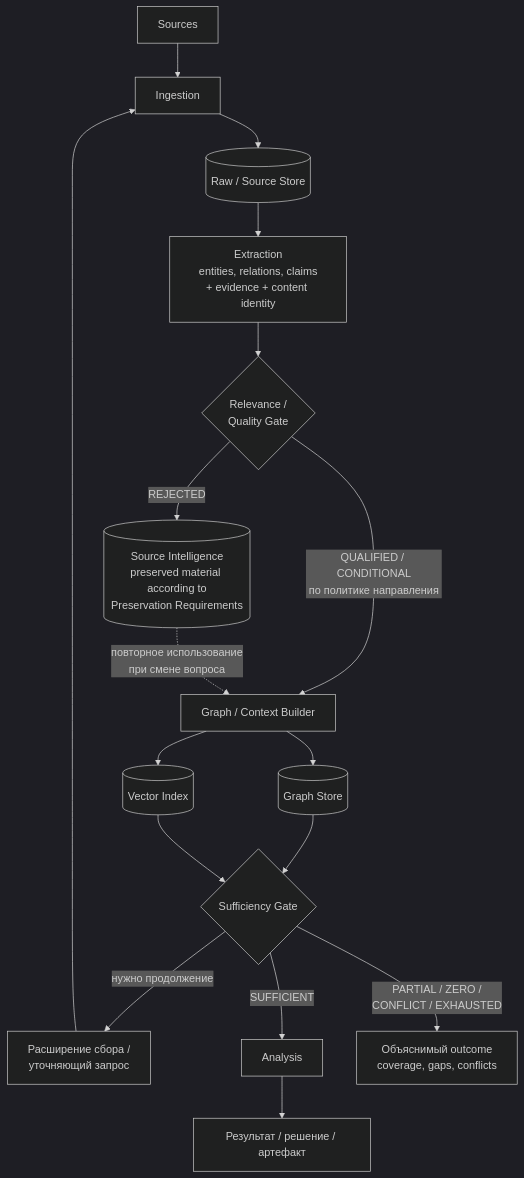
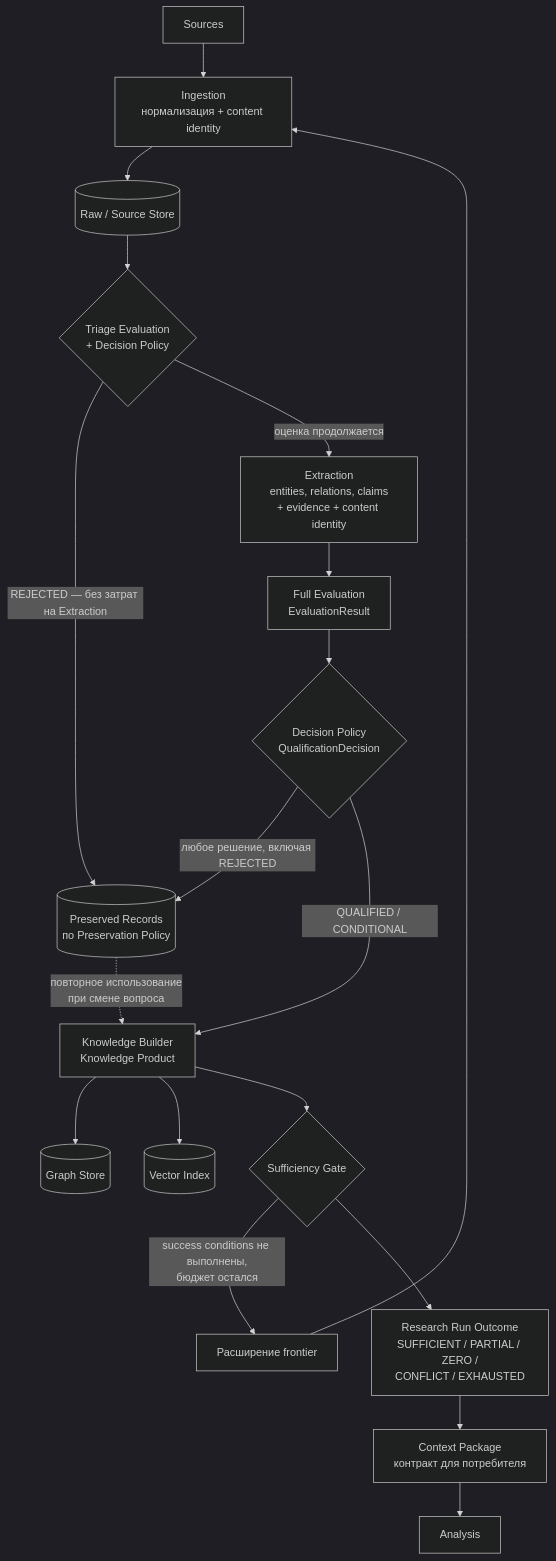
The second of 8 diagrams in docs/architecture.md (G-Ivan-A/aether-orbis), drawn with Mermaid (dark theme) before and after one commit. The commit also changed other lines of this file and 3 other files, not shown here.

First line of the commit message:
docs: sync architecture.md and roadmap.md with Phase 1 implementation

````diff
--- a/docs/architecture.md
+++ b/docs/architecture.md
@@ -37,25 +41,28 @@
 ```mermaid
 flowchart TD
-    S[Sources] --> ING[Ingestion]
+    S[Sources] --> ING[Ingestion<br/>нормализация + content identity]
     ING --> RAW[(Raw / Source Store)]
-    RAW --> EXTR[Extraction<br/>entities, relations, claims<br/>+ evidence + content identity]
-    EXTR --> RG{Relevance /<br/>Quality Gate}
+    RAW --> TR{Triage Evaluation<br/>+ Decision Policy}
 
-    RG -->|REJECTED| SI[(Source Intelligence<br/>preserved material according to<br/>Preservation Requirements)]
-    RG -->|QUALIFIED / CONDITIONAL<br/>по политике направления| GB[Graph / Context Builder]
+    TR -->|REJECTED — без затрат на Extraction| PRES[(Preserved Records<br/>по Preservation Policy)]
+    TR -->|оценка продолжается| EXTR[Extraction<br/>entities, relations, claims<br/>+ evidence + content identity]
 
-    GB --> GRAPH[(Graph Store)]
-    GB --> VEC[(Vector Index)]
+    EXTR --> EV[Full Evaluation<br/>EvaluationResult]
+    EV --> DP{Decision Policy<br/>QualificationDecision}
 
-    GRAPH --> SG{Sufficiency Gate}
-    VEC --> SG
+    DP -->|любое решение, включая REJECTED| PRES
+    DP -->|QUALIFIED / CONDITIONAL| KB[Knowledge Builder<br/>Knowledge Product]
 
-    SG -->|нужно продолжение| EXP[Расширение сбора /<br/>уточняющий запрос]
-    SG -->|SUFFICIENT| AN[Analysis]
-    SG -->|PARTIAL / ZERO /<br/>CONFLICT / EXHAUSTED| OUT[Объяснимый outcome<br/>coverage, gaps, conflicts]
+    KB --> GRAPH[(Graph Store)]
+    KB --> VEC[(Vector Index)]
+    KB --> SG{Sufficiency Gate}
+
+    SG -->|success conditions не выполнены,<br/>бюджет остался| EXP[Расширение frontier]
+    SG --> OUT[Research Run Outcome<br/>SUFFICIENT / PARTIAL / ZERO /<br/>CONFLICT / EXHAUSTED]
 
     EXP --> ING
-    AN --> RES[Результат / решение / артефакт]
+    OUT --> CP[Context Package<br/>контракт для потребителя]
+    CP --> AN[Analysis]
 
-    SI -.->|повторное использование<br/>при смене вопроса| GB
+    PRES -.->|повторное использование<br/>при смене вопроса| KB
 ```
````
